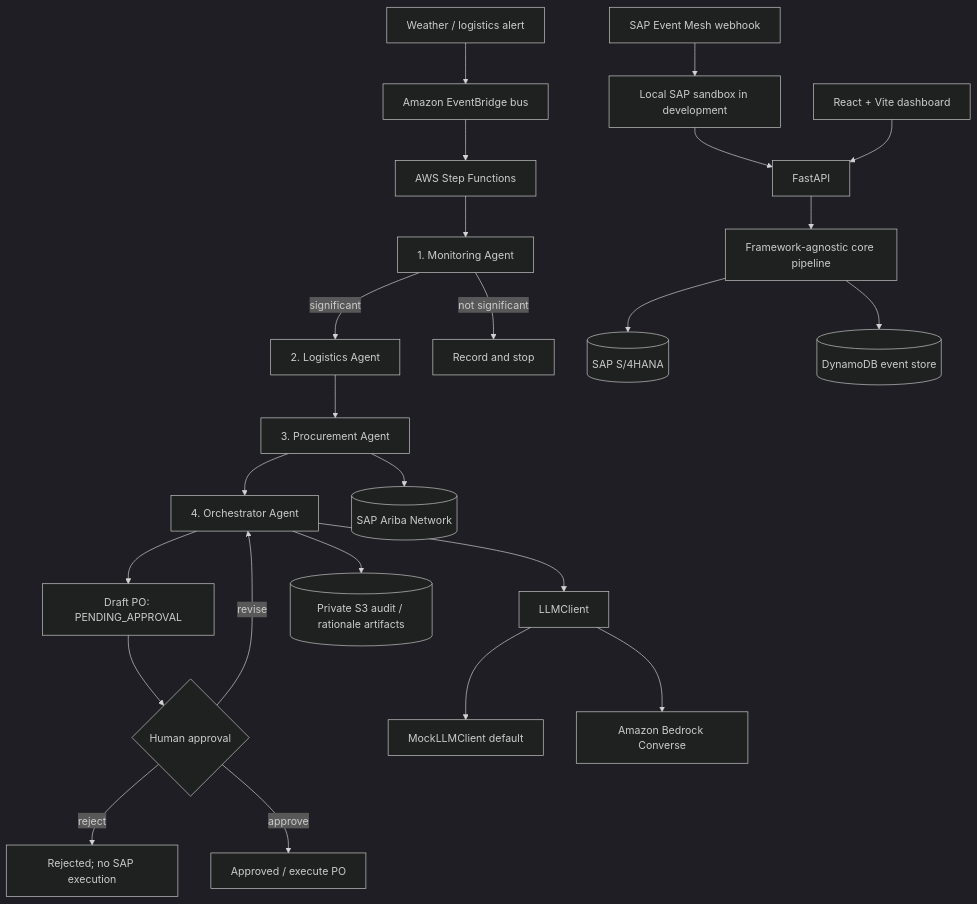
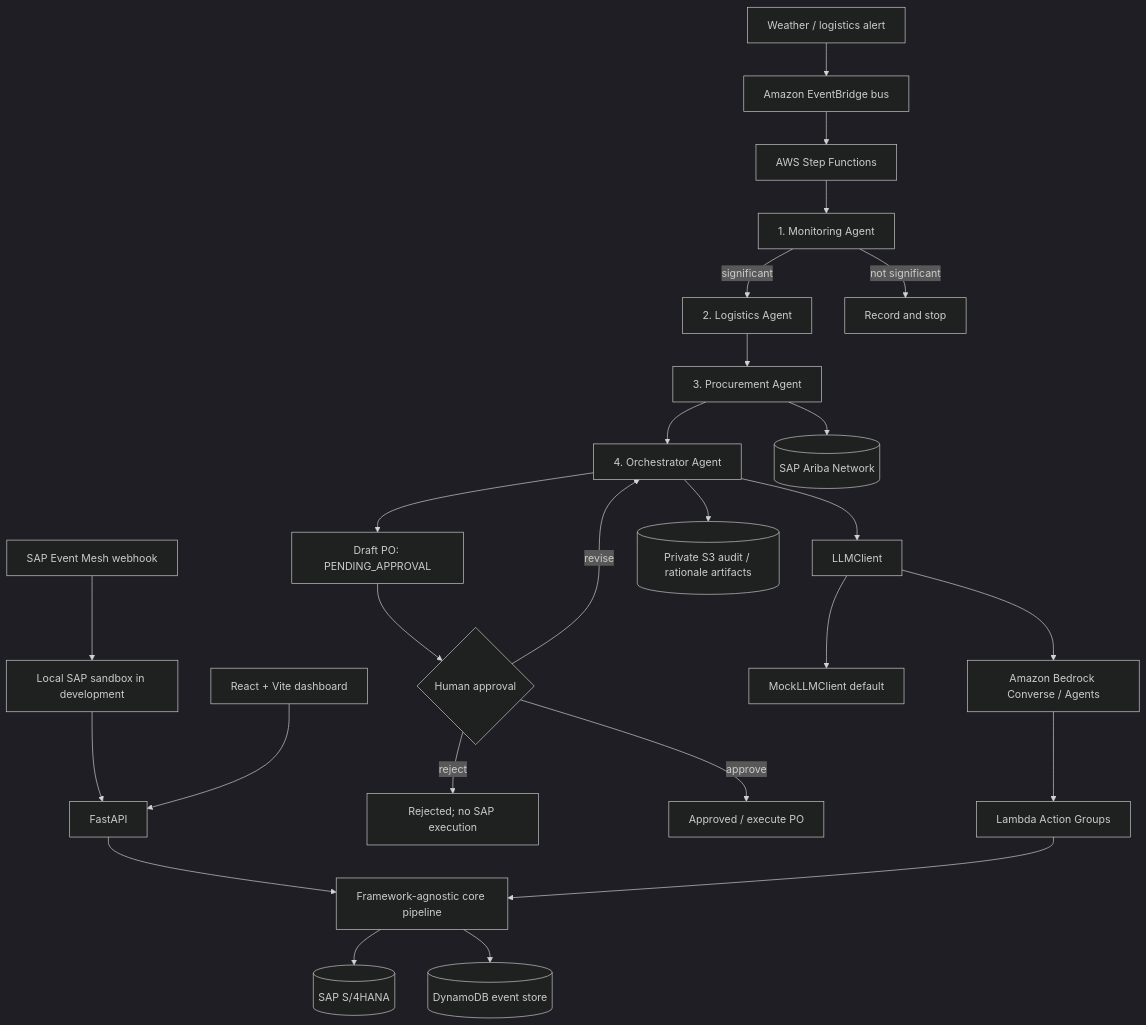
Before and after one commit to Erlangga31/ChainMind: the diagram in docs/architecture.md, drawn with Mermaid (dark theme). The commit also changed other lines of this file and 27 other files, not shown here.

Commit message:
feat(agents): add Bedrock agents and action groups

````diff
--- a/docs/architecture.md
+++ b/docs/architecture.md
@@ -5,26 +5,28 @@
 ```mermaid
 flowchart TD
     Ext[Weather / logistics alert] --> EB[Amazon EventBridge bus]
     SAPEvents[SAP Event Mesh webhook] --> Sandbox[Local SAP sandbox in development]
     Sandbox --> API
     UI[React + Vite dashboard] --> API[FastAPI]
     API --> Core[Framework-agnostic core pipeline]
     EB --> SF[AWS Step Functions]
     SF --> M[1. Monitoring Agent]
     M -->|significant| L[2. Logistics Agent]
     M -->|not significant| Stop[Record and stop]
     L --> P[3. Procurement Agent]
     P --> O[4. Orchestrator Agent]
     O --> Draft[Draft PO: PENDING_APPROVAL]
     Draft --> Human{Human approval}
     Human -->|revise| O
     Human -->|reject| Rejected[Rejected; no SAP execution]
     Human -->|approve| Execute[Approved / execute PO]
     Core --> SAP[(SAP S/4HANA)]
     P --> Ariba[(SAP Ariba Network)]
     O --> LLM[LLMClient]
     LLM --> MockLLM[MockLLMClient default]
-    LLM --> Bedrock[Amazon Bedrock Converse]
+    LLM --> Bedrock[Amazon Bedrock Converse / Agents]
+    Bedrock --> Actions[Lambda Action Groups]
+    Actions --> Core
     Core --> Store[(DynamoDB event store)]
     O --> Audit[(Private S3 audit / rationale artifacts)]
 ```
````
